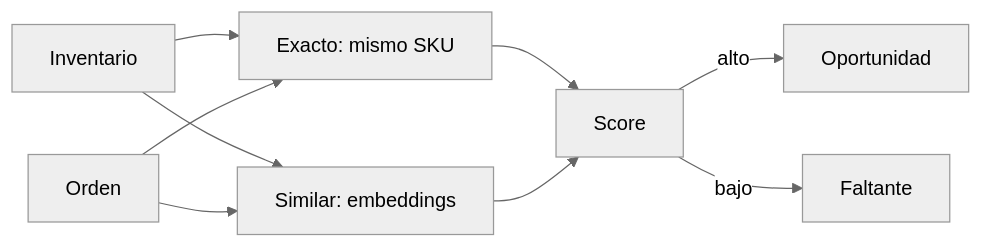
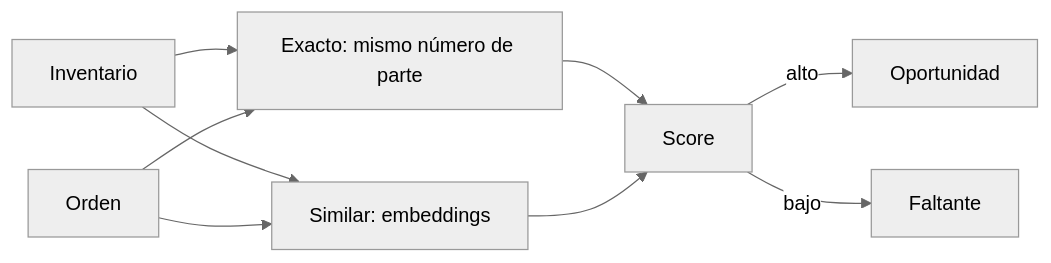
Before and after one commit to ansanabria/obsidian-notes: the seventh of 9 diagrams in notes/Automatización de correos para Mantenimicros.md, drawn with Mermaid (neutral theme). The commit also changed other lines of this file and 2 other files, not shown here.

````diff
--- a/notes/Automatización de correos para Mantenimicros.md
+++ b/notes/Automatización de correos para Mantenimicros.md
@@ -177,11 +177,11 @@
 ```mermaid
 flowchart LR
-    Inventario --> E[Exacto: mismo SKU]
+    Inventario --> E[Exacto: mismo número de parte]
     Inventario --> S[Similar: embeddings]
     Orden --> E
     Orden --> S
     E --> Score
     S --> Score
     Score -->|alto| Oportunidad
     Score -->|bajo| Faltante
 ```
````
